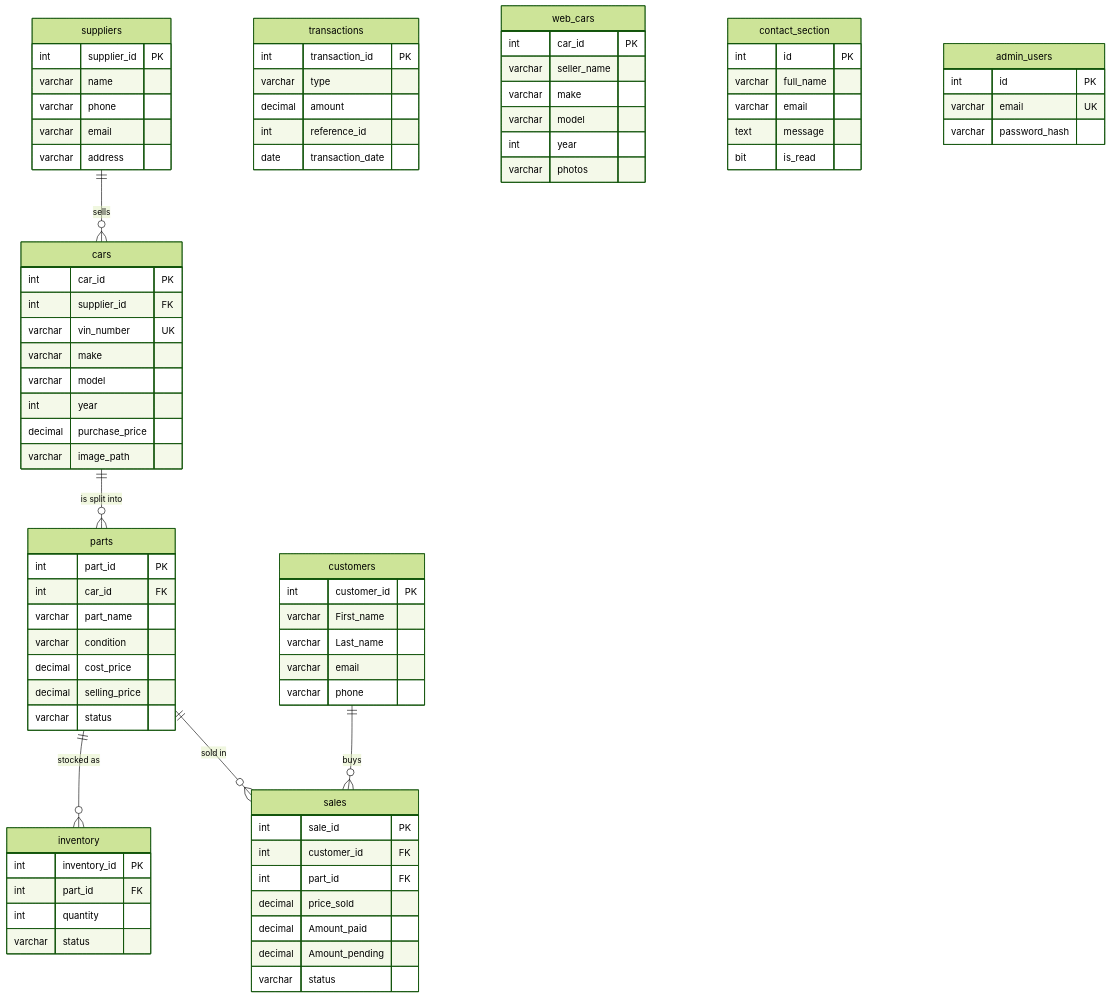
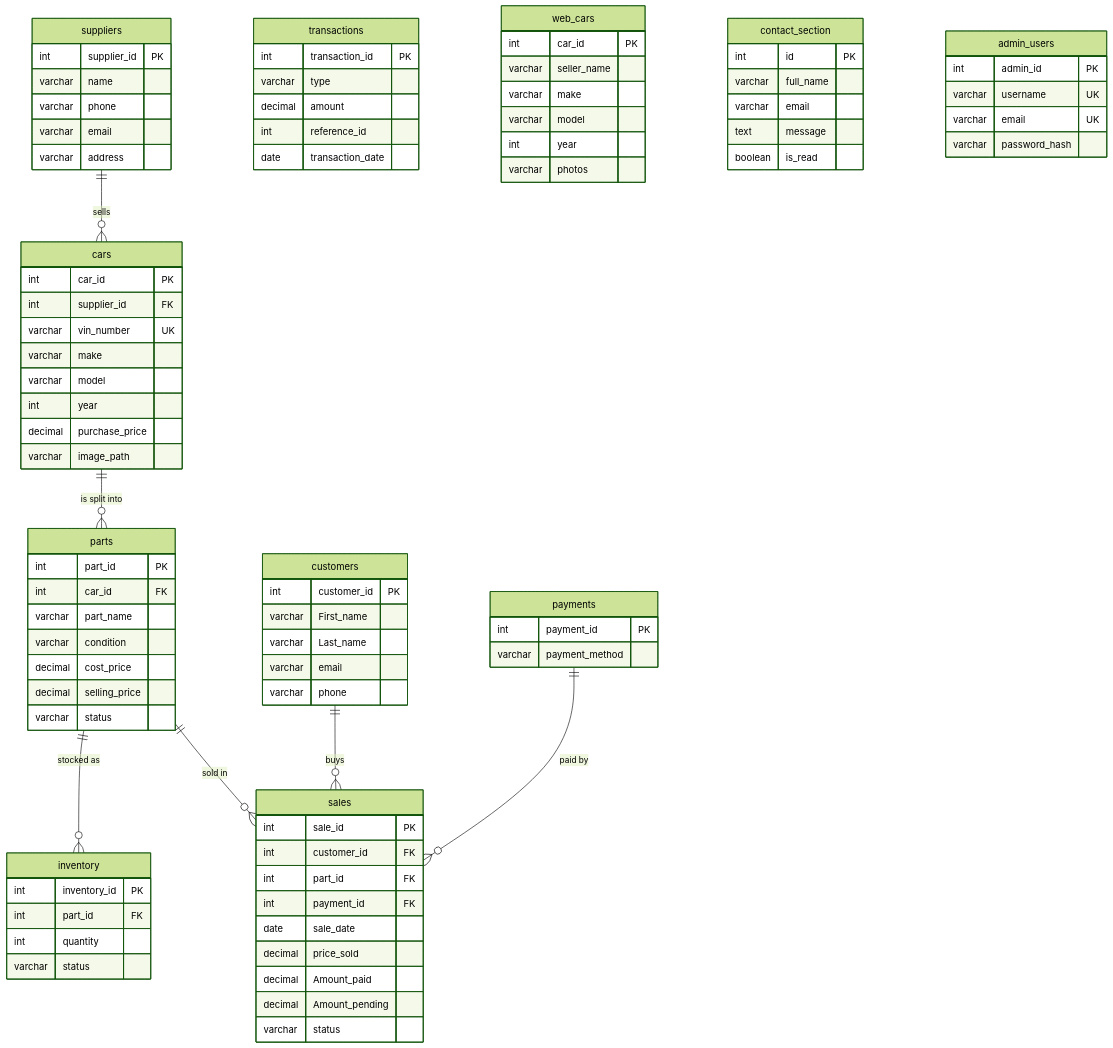
The diagram in docs/database.mmd (Rohullah1122/Rahmani-s-Group), drawn with Mermaid (forest theme) before and after one commit. The commit also changed 8230 other files, not shown here.

```diff
--- a/docs/database.mmd
+++ b/docs/database.mmd
@@ -1,82 +1,90 @@
 erDiagram
     direction TB
     suppliers ||--o{ cars : "sells"
     cars ||--o{ parts : "is split into"
     parts ||--o{ inventory : "stocked as"
     parts ||--o{ sales : "sold in"
     customers ||--o{ sales : "buys"
+    payments ||--o{ sales : "paid by"
     suppliers {
         int supplier_id PK
         varchar name
         varchar phone
         varchar email
         varchar address
     }
     cars {
         int car_id PK
         int supplier_id FK
         varchar vin_number UK
         varchar make
         varchar model
         int year
         decimal purchase_price
         varchar image_path
     }
     parts {
         int part_id PK
         int car_id FK
         varchar part_name
         varchar condition
         decimal cost_price
         decimal selling_price
         varchar status
     }
     inventory {
         int inventory_id PK
         int part_id FK
         int quantity
         varchar status
     }
     customers {
         int customer_id PK
         varchar First_name
         varchar Last_name
         varchar email
         varchar phone
     }
     sales {
         int sale_id PK
         int customer_id FK
         int part_id FK
+        int payment_id FK
+        date sale_date
         decimal price_sold
         decimal Amount_paid
         decimal Amount_pending
         varchar status
     }
     transactions {
         int transaction_id PK
         varchar type
         decimal amount
         int reference_id
         date transaction_date
     }
     web_cars {
         int car_id PK
         varchar seller_name
         varchar make
         varchar model
         int year
         varchar photos
     }
     contact_section {
         int id PK
         varchar full_name
         varchar email
         text message
-        bit is_read
+        boolean is_read
+    }
+    payments {
+        int payment_id PK
+        varchar payment_method
     }
     admin_users {
-        int id PK
+        int admin_id PK
+        varchar username UK
         varchar email UK
         varchar password_hash
     }
```
